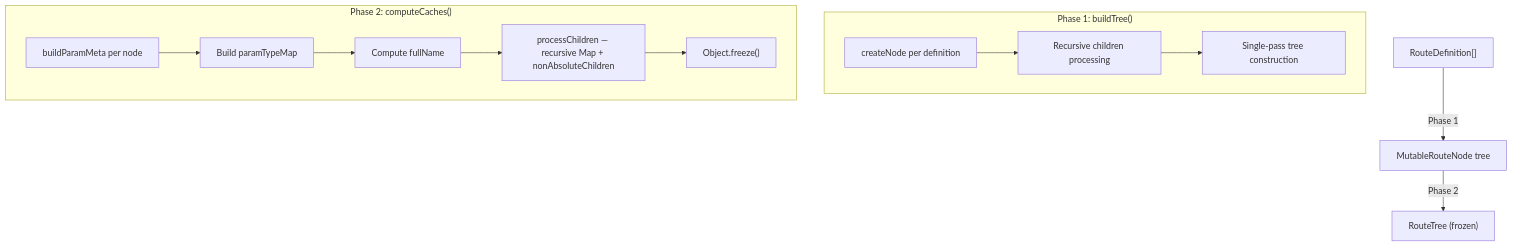
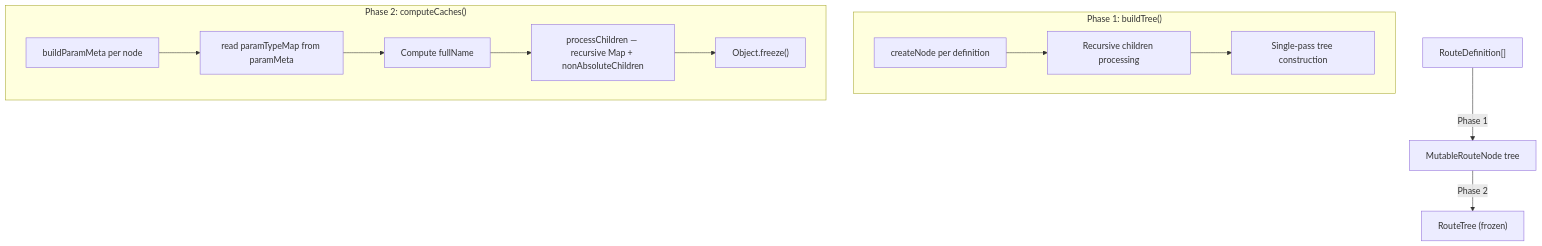
Before and after one commit to greydragon888/real-router: the second of 3 diagrams in packages/core/src/engine/ARCHITECTURE.md, drawn with Mermaid. The commit also changed other lines of this file and 11 other files, not shown here.

````diff
--- a/packages/core/src/engine/ARCHITECTURE.md
+++ b/packages/core/src/engine/ARCHITECTURE.md
@@ -142,17 +142,17 @@
 ```mermaid
 graph TD
     A["RouteDefinition[]"] -->|Phase 1| B["MutableRouteNode tree"]
     B -->|Phase 2| C["RouteTree (frozen)"]
 
     subgraph "Phase 1: buildTree()"
         B1[createNode per definition] --> B2[Recursive children processing]
         B2 --> B3[Single-pass tree construction]
     end
 
     subgraph "Phase 2: computeCaches()"
-        C1[buildParamMeta per node] --> C2[Build paramTypeMap]
+        C1[buildParamMeta per node] --> C2[read paramTypeMap from paramMeta]
         C2 --> C3[Compute fullName]
         C3 --> C4[processChildren — recursive Map + nonAbsoluteChildren]
         C4 --> C6["Object.freeze()"]
     end
 ```
````
